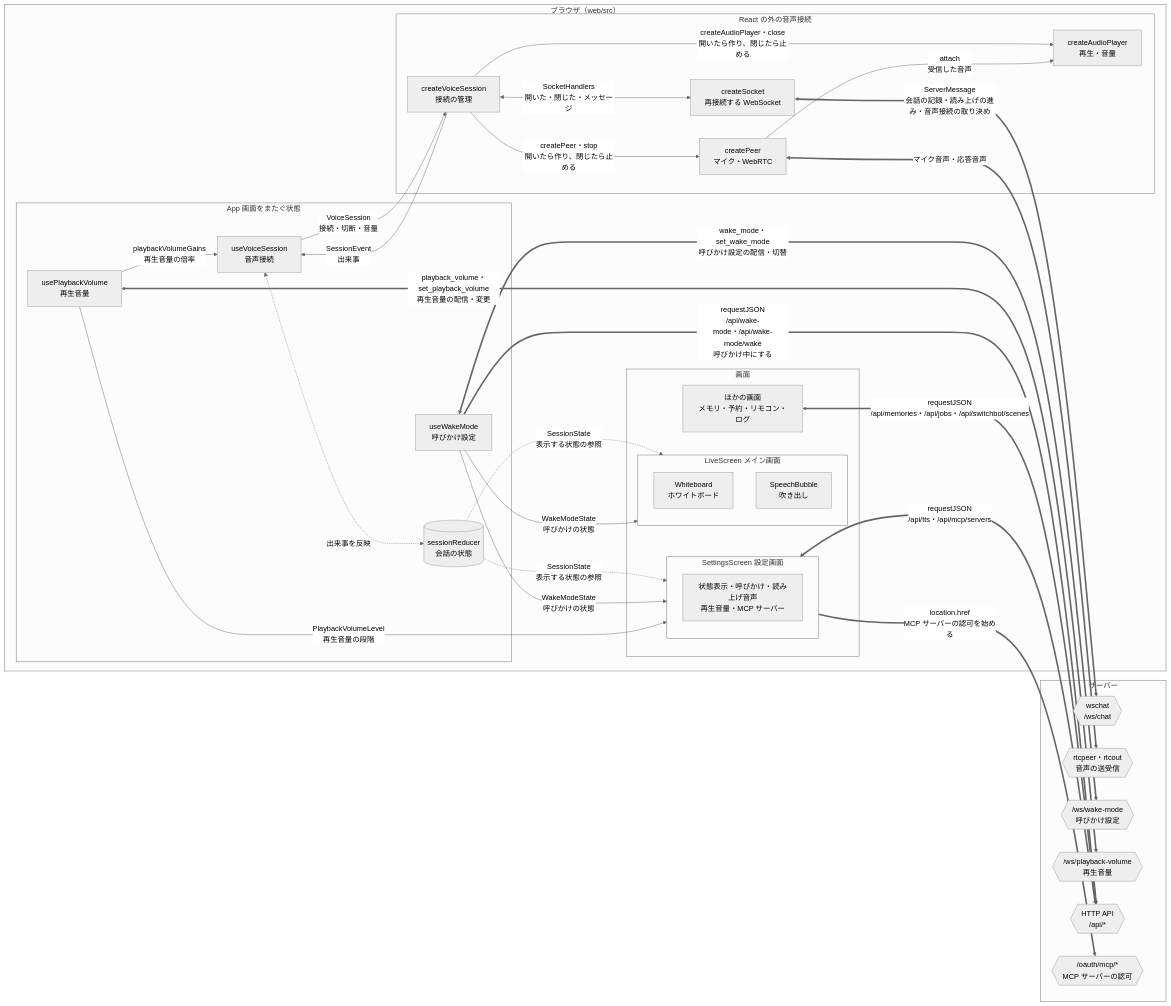
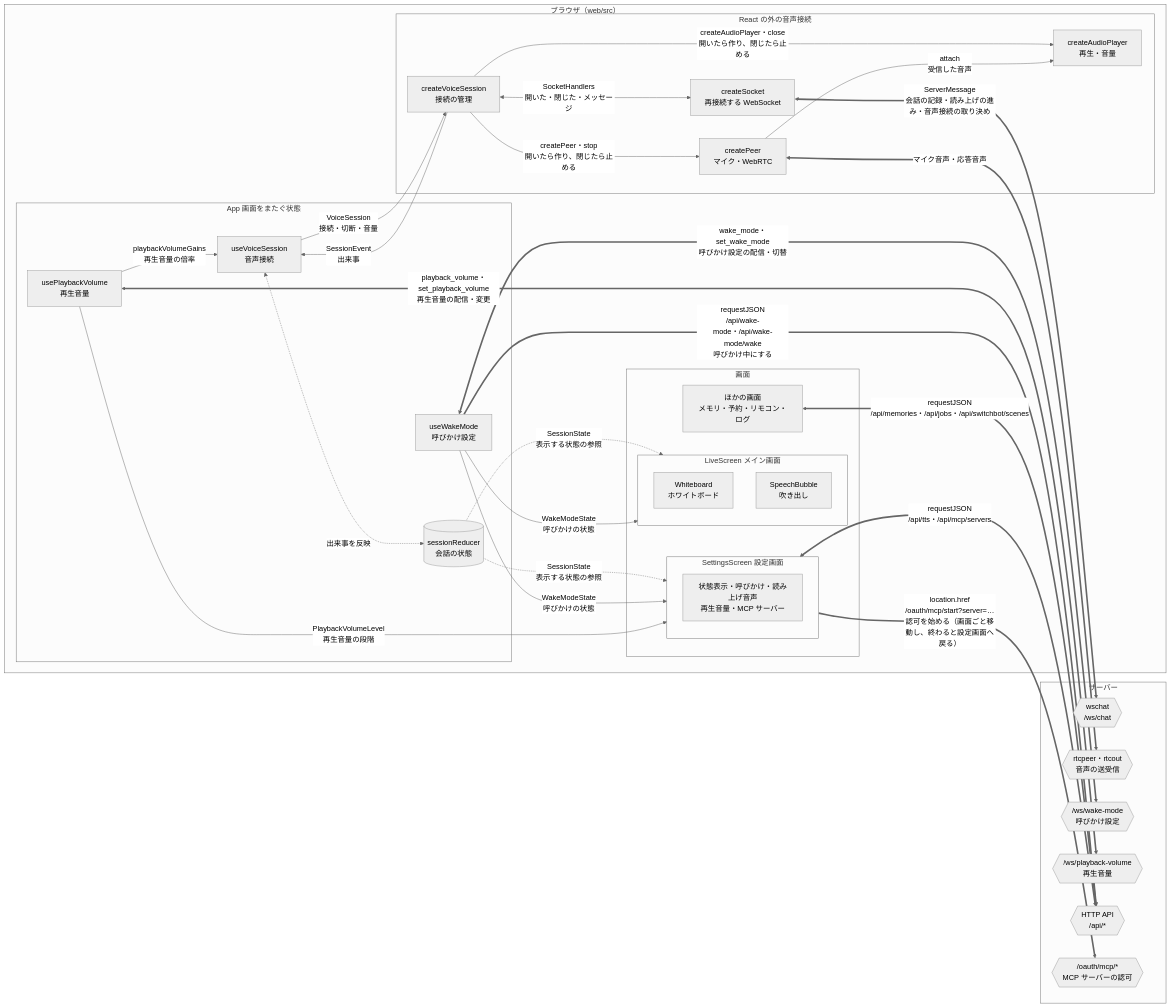
Before and after one commit to tetetratra/smart-speaker: the fourth of 4 diagrams in README.md, drawn with Mermaid (neutral theme). The commit also changed other lines of this file, not shown here.

Commit message:
ツールの図と画面の図の MCP まわりは元に戻し、「MCP サーバーの認可」の節を消すだけにする

````diff
--- a/README.md
+++ b/README.md
@@ -240,57 +246,57 @@
 ```mermaid
 flowchart LR
     subgraph web["ブラウザ（web/src）"]
         subgraph app["App 画面をまたぐ状態"]
             voice["useVoiceSession<br/>音声接続"]
             wake["useWakeMode<br/>呼びかけ設定"]
             volume["usePlaybackVolume<br/>再生音量"]
             state[("sessionReducer<br/>会話の状態")]
         end
         subgraph io["React の外の音声接続"]
             session["createVoiceSession<br/>接続の管理"]
             socket["createSocket<br/>再接続する WebSocket"]
             peer["createPeer<br/>マイク・WebRTC"]
             player["createAudioPlayer<br/>再生・音量"]
         end
         subgraph screens["画面"]
             subgraph live["LiveScreen メイン画面"]
                 whiteboard["Whiteboard<br/>ホワイトボード"]
                 bubble["SpeechBubble<br/>吹き出し"]
             end
             subgraph settings["SettingsScreen 設定画面"]
                 parts["状態表示・呼びかけ・読み上げ音声<br/>再生音量・MCP サーバー"]
             end
             pages["ほかの画面<br/>メモリ・予約・リモコン・ログ"]
         end
     end
 
     subgraph server["サーバー"]
         chat{{"wschat<br/>/ws/chat"}}
         rtc{{"rtcpeer・rtcout<br/>音声の送受信"}}
         wsWake{{"/ws/wake-mode<br/>呼びかけ設定"}}
         wsVolume{{"/ws/playback-volume<br/>再生音量"}}
         httpAPI{{"HTTP API<br/>/api/*"}}
         oauthMCP{{"/oauth/mcp/*<br/>MCP サーバーの認可"}}
     end
 
     voice -->|"VoiceSession<br/>接続・切断・音量"| session
     session -->|"SessionEvent<br/>出来事"| voice
     session -->|"createPeer・stop<br/>開いたら作り、閉じたら止める"| peer
     session -->|"createAudioPlayer・close<br/>開いたら作り、閉じたら止める"| player
     session <-->|"SocketHandlers<br/>開いた・閉じた・メッセージ"| socket
     peer -->|"attach<br/>受信した音声"| player
     voice <-.->|"出来事を反映"| state
     state -.->|"SessionState<br/>表示する状態の参照"| live & settings
     wake -->|"WakeModeState<br/>呼びかけの状態"| live & settings
     volume -->|"PlaybackVolumeLevel<br/>再生音量の段階"| settings
     volume -->|"playbackVolumeGains<br/>再生音量の倍率"| voice
 
     socket <==>|"ServerMessage<br/>会話の記録・読み上げの進み・音声接続の取り決め"| chat
     peer <==>|"マイク音声・応答音声"| rtc
     wake <==>|"wake_mode・set_wake_mode<br/>呼びかけ設定の配信・切替"| wsWake
     wake ==>|"requestJSON<br/>/api/wake-mode・/api/wake-mode/wake<br/>呼びかけ中にする"| httpAPI
     volume <==>|"playback_volume・set_playback_volume<br/>再生音量の配信・変更"| wsVolume
     settings <==>|"requestJSON<br/>/api/tts・/api/mcp/servers"| httpAPI
-    settings ==>|"location.href<br/>MCP サーバーの認可を始める"| oauthMCP
+    settings ==>|"location.href<br/>/oauth/mcp/start?server=…<br/>認可を始める（画面ごと移動し、終わると設定画面へ戻る）"| oauthMCP
     pages <==>|"requestJSON<br/>/api/memories・/api/jobs・/api/switchbot/scenes"| httpAPI
 ```
````
